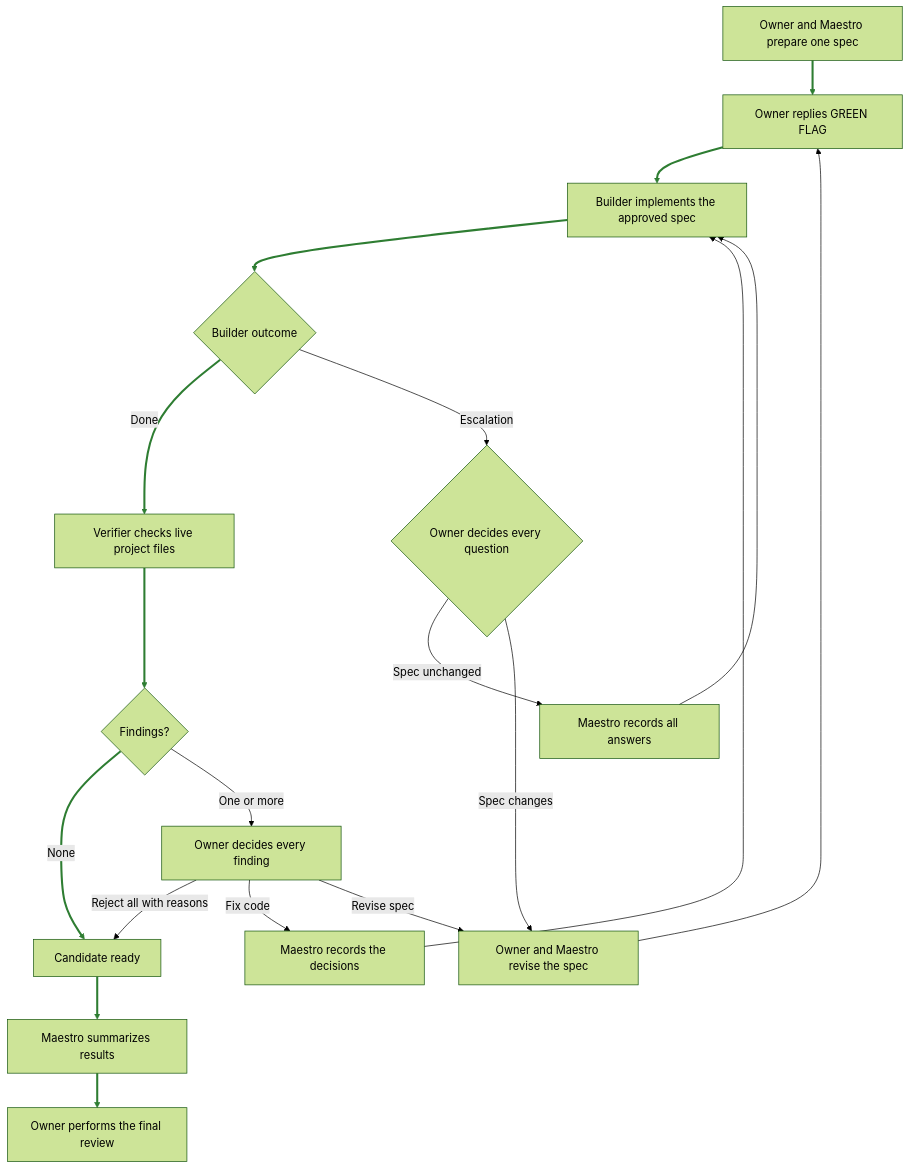
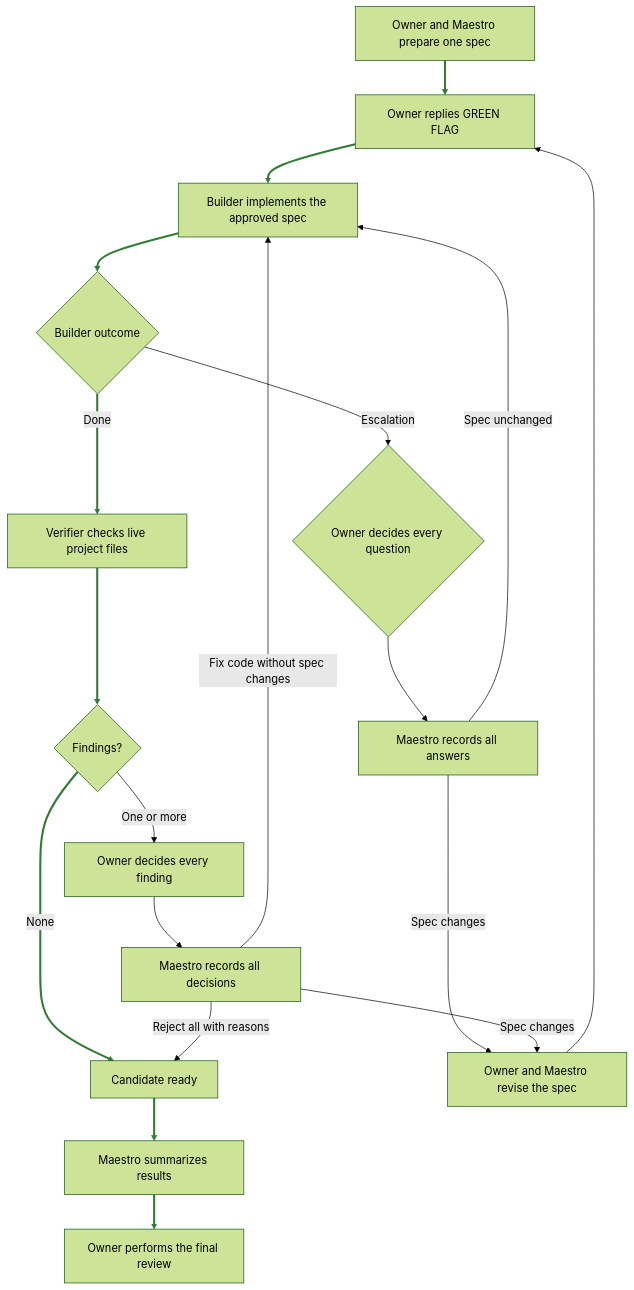
One commit to emilioSp/pi-maestro changed the diagram in docs/workflow.md. Above: the diagram before and after it, drawn with Mermaid (forest theme). The commit also changed other lines of this file and 41 other files, not shown here.

Commit message:
fix: record owner decisions before spec revisions (#38)

````diff
--- a/docs/workflow.md
+++ b/docs/workflow.md
@@ -44,36 +44,36 @@
 ```mermaid
 flowchart TD
     spec[Owner and Maestro prepare one spec]
     approval[Owner replies GREEN FLAG]
     build[Builder implements the approved spec]
     buildOutcome{Builder outcome}
     verify[Verifier checks live project files]
     findings{Findings?}
     candidate[Candidate ready]
     summary[Maestro summarizes results]
     review[Owner performs the final review]
 
     spec --> approval
     approval --> build
     build --> buildOutcome
     buildOutcome -->|Done| verify
     verify --> findings
     findings -->|None| candidate
 
     buildOutcome -->|Escalation| ownerEscalation{Owner decides every question}
-    ownerEscalation -->|Spec unchanged| recordEscalation[Maestro records all answers]
-    recordEscalation --> build
-    ownerEscalation -->|Spec changes| reviseSpec[Owner and Maestro revise the spec]
+    ownerEscalation --> recordEscalation[Maestro records all answers]
+    recordEscalation -->|Spec unchanged| build
+    recordEscalation -->|Spec changes| reviseSpec[Owner and Maestro revise the spec]
     reviseSpec --> approval
 
     findings -->|One or more| ownerFindings[Owner decides every finding]
-    ownerFindings -->|Reject all with reasons| candidate
-    ownerFindings -->|Fix code| recordFixes[Maestro records the decisions]
-    recordFixes --> build
-    ownerFindings -->|Revise spec| reviseSpec
+    ownerFindings --> recordFindings[Maestro records all decisions]
+    recordFindings -->|Reject all with reasons| candidate
+    recordFindings -->|Fix code without spec changes| build
+    recordFindings -->|Spec changes| reviseSpec
 
     candidate --> summary
     summary --> review
 
     linkStyle 0,1,2,3,4,5,16,17 stroke:#2e7d32,stroke-width:3px
 ```
````
